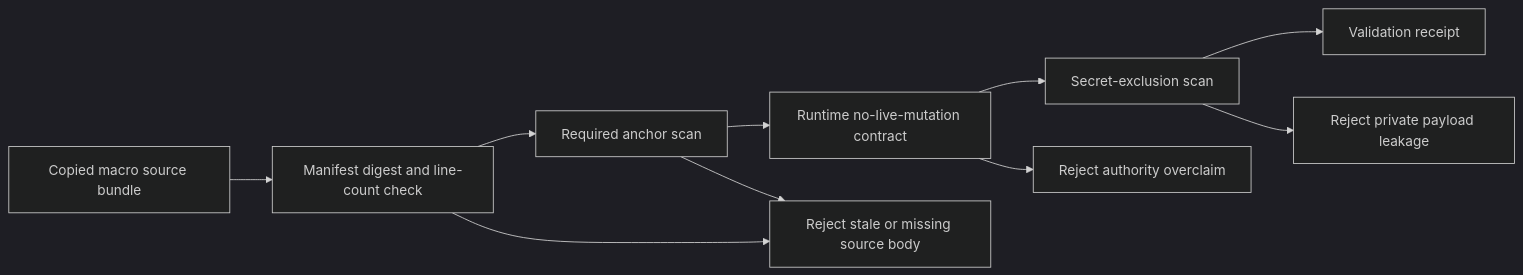
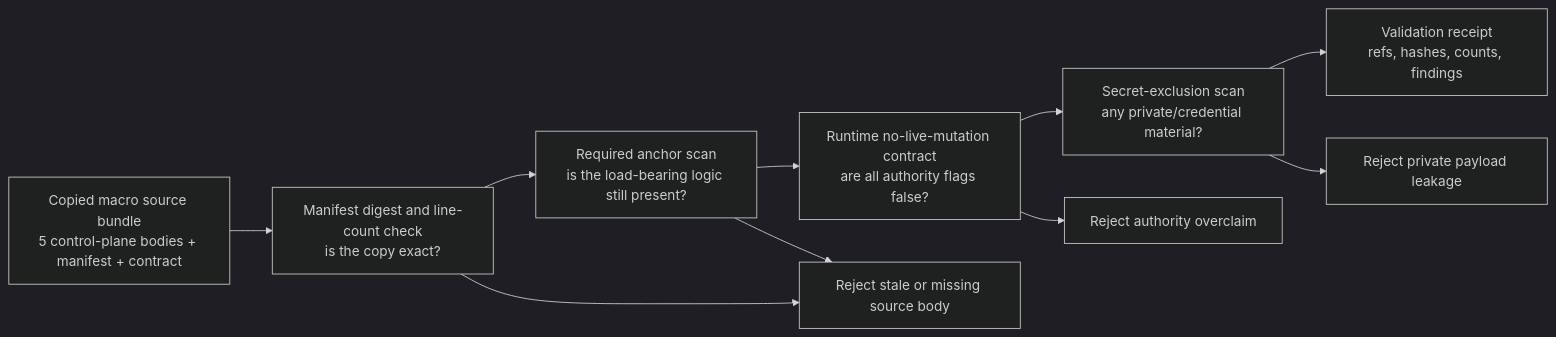
One commit to wcook04/plectis changed the diagram in paper_modules/work_landing_control_spine.md. Above: the diagram before and after it, drawn with Mermaid (dark theme). The commit also changed other lines of this file and 90 other files, not shown here.

First line of the commit message:
microcosm: enrich public paper-module prose and Shape diagrams (91 modules)

````diff
--- a/paper_modules/work_landing_control_spine.md
+++ b/paper_modules/work_landing_control_spine.md
@@ -15,12 +45,12 @@
 ```mermaid
 flowchart LR
-  A["Copied macro source bundle"] --> B["Manifest digest and line-count check"]
-  B --> C["Required anchor scan"]
-  C --> D["Runtime no-live-mutation contract"]
-  D --> E["Secret-exclusion scan"]
-  E --> F["Validation receipt"]
+  A["Copied macro source bundle\n5 control-plane bodies + manifest + contract"] --> B["Manifest digest and line-count check\nis the copy exact?"]
+  B --> C["Required anchor scan\nis the load-bearing logic still present?"]
+  C --> D["Runtime no-live-mutation contract\nare all authority flags false?"]
+  D --> E["Secret-exclusion scan\nany private/credential material?"]
+  E --> F["Validation receipt\nrefs, hashes, counts, findings"]
   B --> G["Reject stale or missing source body"]
   C --> G
   D --> H["Reject authority overclaim"]
   E --> I["Reject private payload leakage"]
 ```
````
